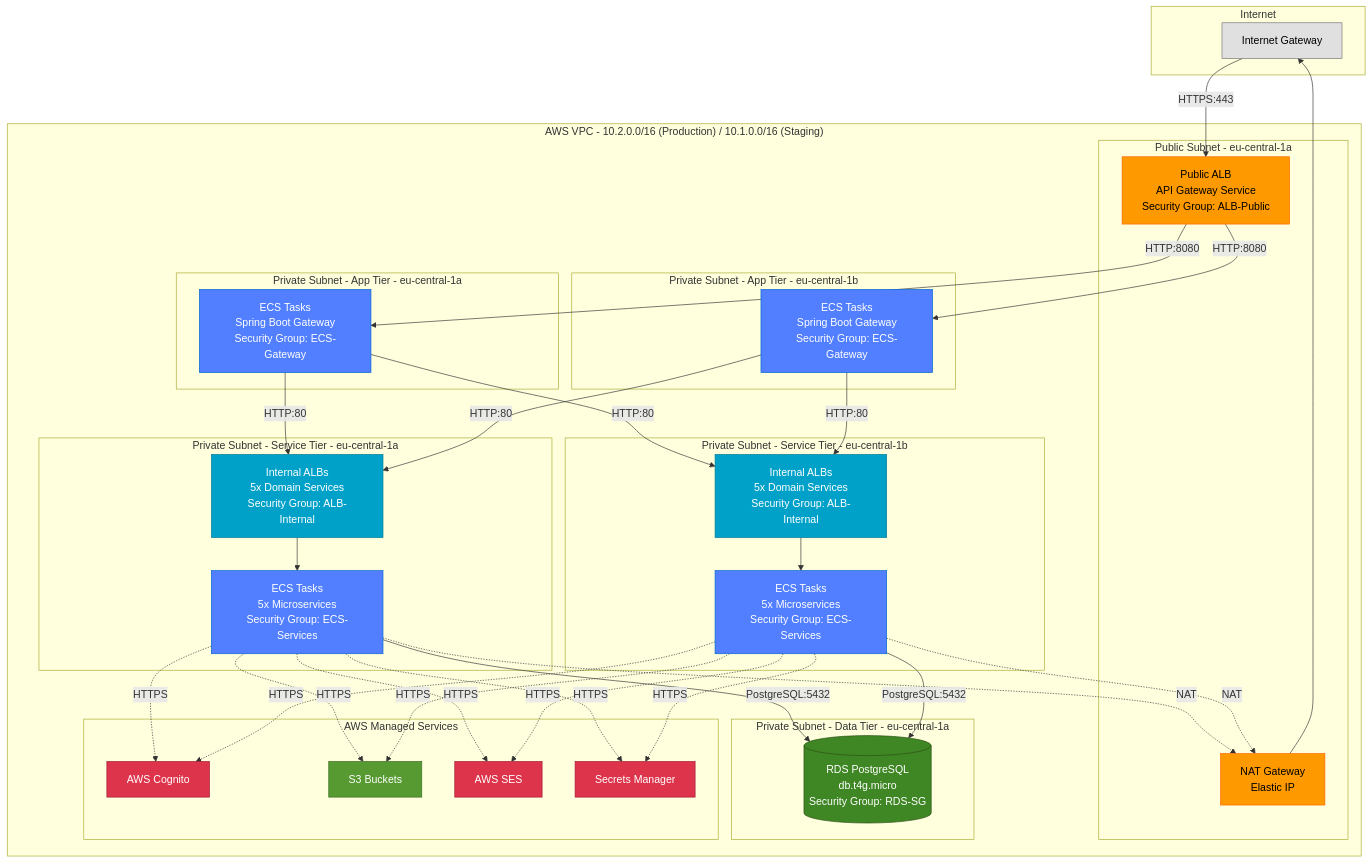
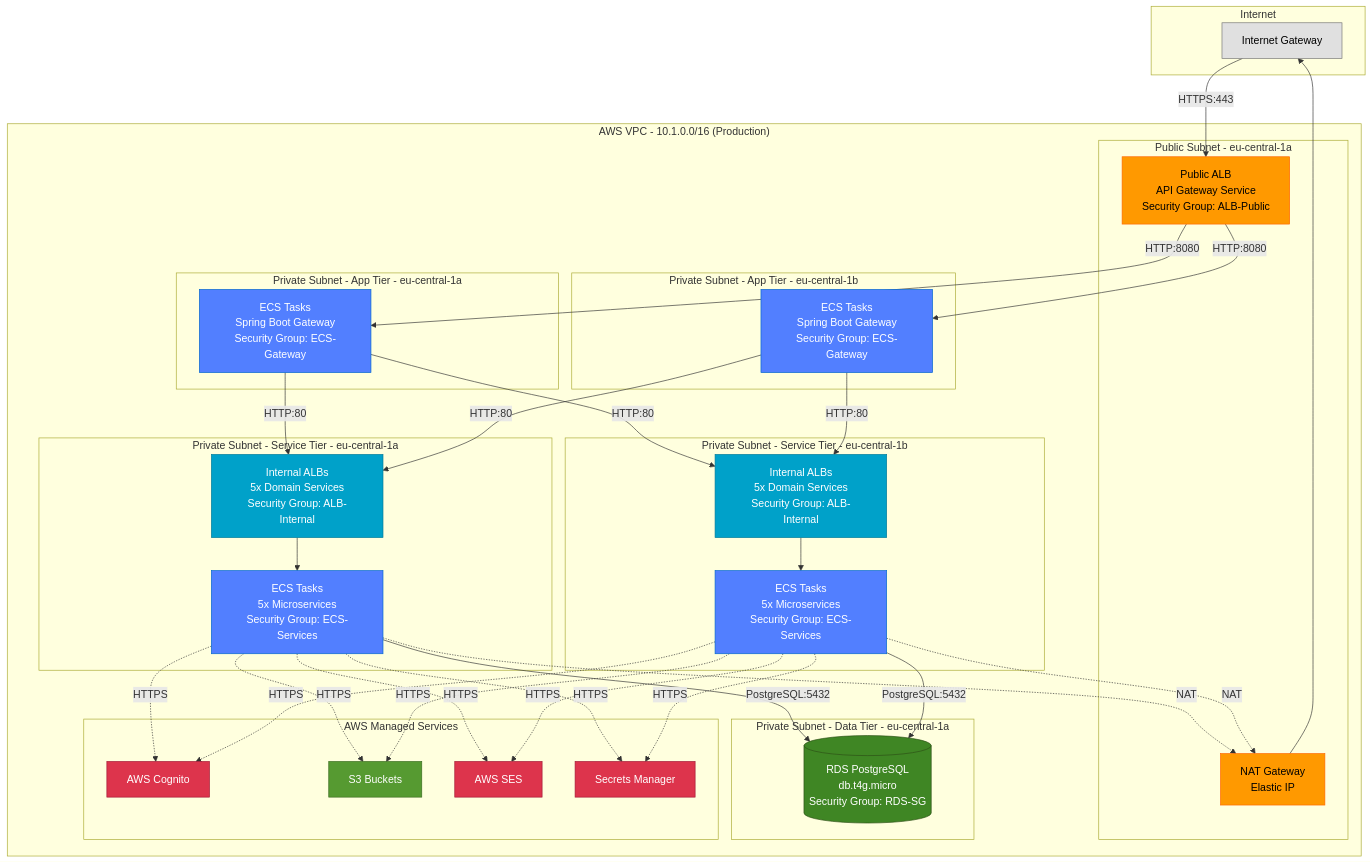
One commit to nissimbuchs/BATbern2 changed the ninth of 10 diagrams in docs/architecture/02-infrastructure-deployment.md. Above: the diagram before and after it, drawn with Mermaid. The commit also changed other lines of this file and 38 other files, not shown here.

First line of the commit message:
fix(infra): promote staging account to production with isProduction flag pattern

````diff
--- a/docs/architecture/02-infrastructure-deployment.md
+++ b/docs/architecture/02-infrastructure-deployment.md
@@ -1079,70 +1050,70 @@
 ```mermaid
 graph TB
     subgraph "Internet"
         IGW[Internet Gateway]
     end
 
-    subgraph "AWS VPC - 10.2.0.0/16 (Production) / 10.1.0.0/16 (Staging)"
+    subgraph "AWS VPC - 10.1.0.0/16 (Production)"
         subgraph "Public Subnet - eu-central-1a"
             NAT1[NAT Gateway<br/>Elastic IP]
             ALB_PUB[Public ALB<br/>API Gateway Service<br/>Security Group: ALB-Public]
         end
 
         subgraph "Private Subnet - App Tier - eu-central-1a"
             ECS_GW[ECS Tasks<br/>Spring Boot Gateway<br/>Security Group: ECS-Gateway]
         end
 
         subgraph "Private Subnet - App Tier - eu-central-1b"
             ECS_GW2[ECS Tasks<br/>Spring Boot Gateway<br/>Security Group: ECS-Gateway]
         end
 
         subgraph "Private Subnet - Service Tier - eu-central-1a"
             ALB_INT1[Internal ALBs<br/>5x Domain Services<br/>Security Group: ALB-Internal]
             ECS_SVC1[ECS Tasks<br/>5x Microservices<br/>Security Group: ECS-Services]
         end
 
         subgraph "Private Subnet - Service Tier - eu-central-1b"
             ALB_INT2[Internal ALBs<br/>5x Domain Services<br/>Security Group: ALB-Internal]
             ECS_SVC2[ECS Tasks<br/>5x Microservices<br/>Security Group: ECS-Services]
         end
 
         subgraph "Private Subnet - Data Tier - eu-central-1a"
             RDS[(RDS PostgreSQL<br/>db.t4g.micro<br/>Security Group: RDS-SG)]
         end
 
         subgraph "AWS Managed Services"
             COGNITO[AWS Cognito]
             S3[S3 Buckets]
             SES[AWS SES]
             SECRETS[Secrets Manager]
         end
     end
 
     IGW -->|HTTPS:443| ALB_PUB
     ALB_PUB -->|HTTP:8080| ECS_GW & ECS_GW2
 
     ECS_GW & ECS_GW2 -->|HTTP:80| ALB_INT1 & ALB_INT2
     ALB_INT1 --> ECS_SVC1
     ALB_INT2 --> ECS_SVC2
 
     ECS_SVC1 & ECS_SVC2 -->|PostgreSQL:5432| RDS
     ECS_SVC1 & ECS_SVC2 -.->|NAT| NAT1
     NAT1 --> IGW
 
     ECS_SVC1 & ECS_SVC2 -.->|HTTPS| COGNITO & S3 & SES & SECRETS
 
     style IGW fill:#E0E0E0,stroke:#757575,color:#000
     style NAT1 fill:#FF9900,stroke:#FF6600,color:#000
     style ALB_PUB fill:#FF9900,stroke:#FF6600,color:#000
     style ECS_GW fill:#527FFF,stroke:#0066CC,color:#fff
     style ECS_GW2 fill:#527FFF,stroke:#0066CC,color:#fff
     style ALB_INT1 fill:#00A1C9,stroke:#007A99,color:#fff
     style ALB_INT2 fill:#00A1C9,stroke:#007A99,color:#fff
     style ECS_SVC1 fill:#527FFF,stroke:#0066CC,color:#fff
     style ECS_SVC2 fill:#527FFF,stroke:#0066CC,color:#fff
     style RDS fill:#3F8624,stroke:#2D5016,color:#fff
     style COGNITO fill:#DD344C,stroke:#A21835,color:#fff
     style S3 fill:#569A31,stroke:#3A6B1F,color:#fff
     style SES fill:#DD344C,stroke:#A21835,color:#fff
     style SECRETS fill:#DD344C,stroke:#A21835,color:#fff
 ```
````
